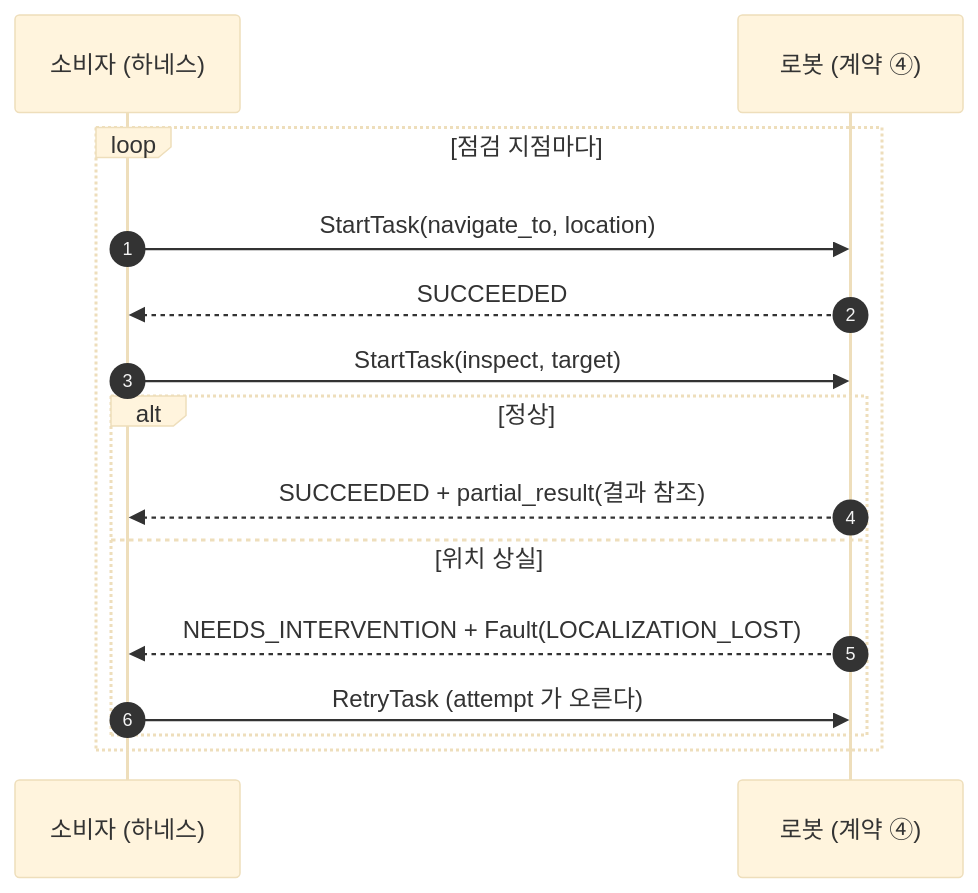
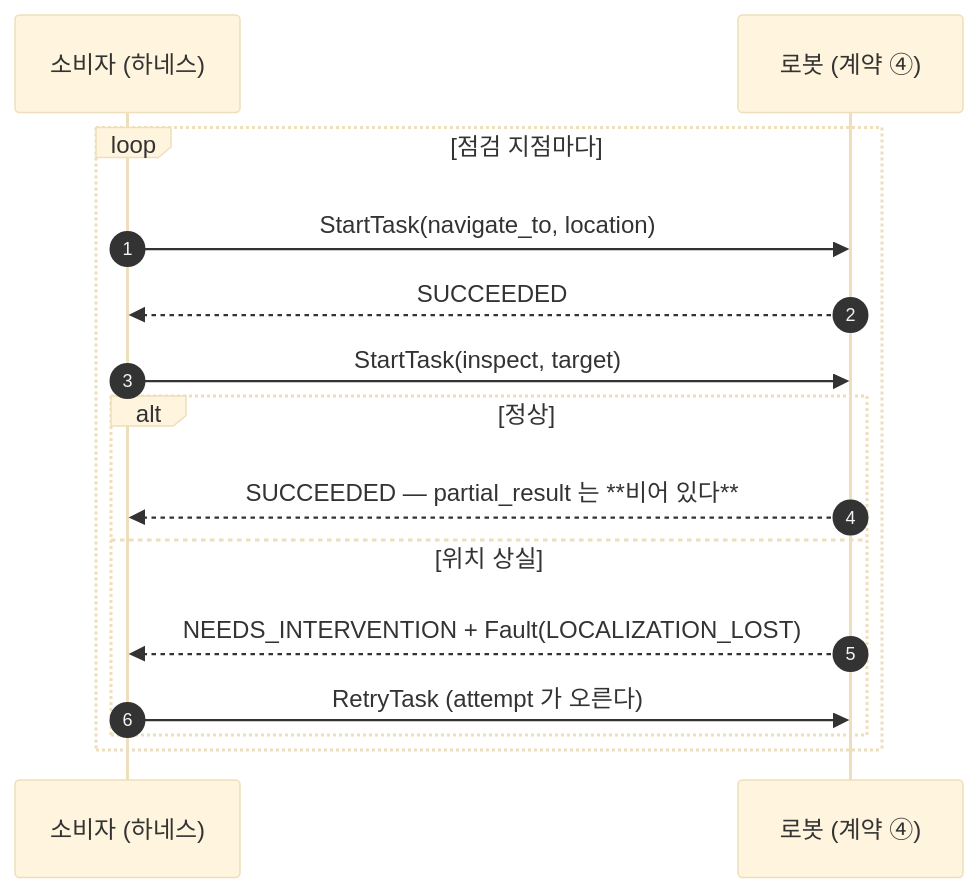
Before and after one commit to LivingLikeKrillin/picasso: the fourth of 4 diagrams in docs/scenarios.md, drawn with Mermaid (base theme). The commit also changed other lines of this file and 2 other files, not shown here.

````diff
--- a/docs/scenarios.md
+++ b/docs/scenarios.md
@@ -293,18 +296,18 @@
 ```mermaid
 sequenceDiagram
     autonumber
     participant SUITE as 소비자 (하네스)
     participant RB as 로봇 (계약 ④)
 
     loop 점검 지점마다
         SUITE->>RB: StartTask(navigate_to, location)
         RB-->>SUITE: SUCCEEDED
         SUITE->>RB: StartTask(inspect, target)
         alt 정상
-            RB-->>SUITE: SUCCEEDED + partial_result(결과 참조)
+            RB-->>SUITE: SUCCEEDED — partial_result 는 **비어 있다**
         else 위치 상실
             RB-->>SUITE: NEEDS_INTERVENTION + Fault(LOCALIZATION_LOST)
             SUITE->>RB: RetryTask (attempt 가 오른다)
         end
     end
 ```
````
